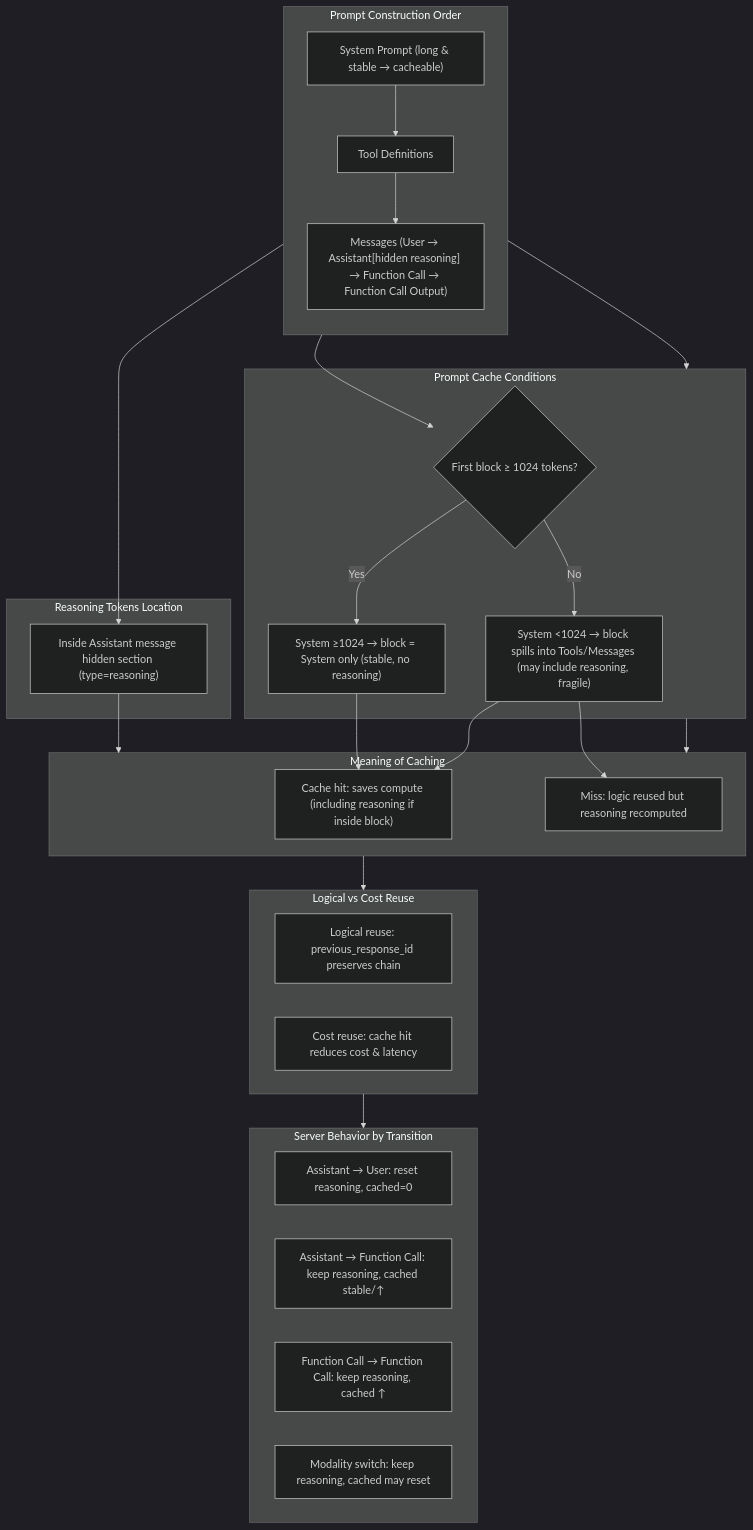
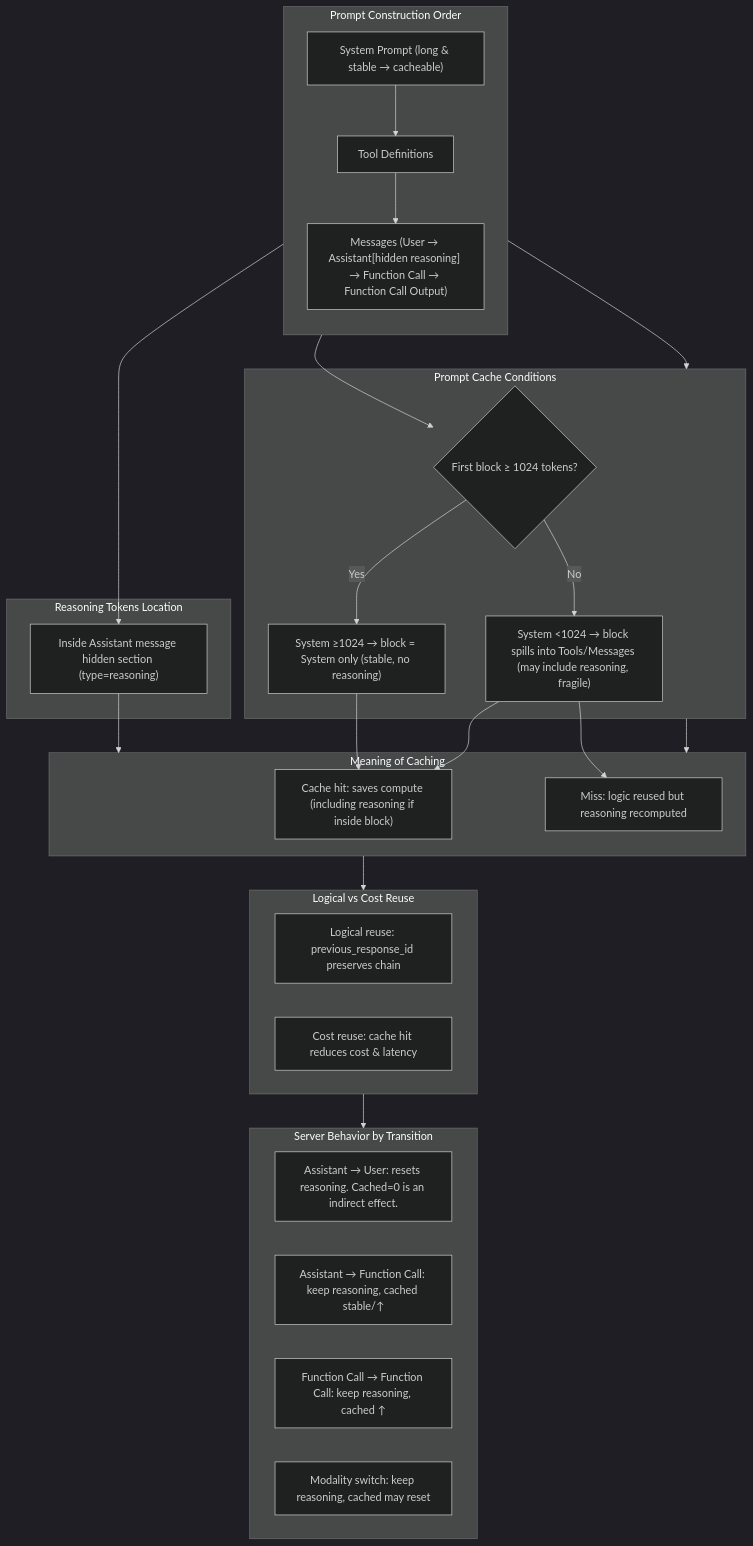
Before and after one commit to david-xinyuwei/david-share: the diagram in Agents/AOAI-GPT5-ResponseAPI/readme.md, drawn with Mermaid (dark theme). The commit also changed other lines of this file and 1 other file, not shown here.

````diff
--- a/Agents/AOAI-GPT5-ResponseAPI/readme.md
+++ b/Agents/AOAI-GPT5-ResponseAPI/readme.md
@@ -147,50 +147,50 @@
 ```mermaid
 flowchart TB
 		subgraph PromptStructure["Prompt Construction Order"]
 				direction TB
 				Sys["System Prompt (long & stable → cacheable)"]
 				Tools["Tool Definitions"]
 				Msgs["Messages (User → Assistant[hidden reasoning] → Function Call → Function Call Output)"]
 				Sys --> Tools --> Msgs
 		end
 
 		subgraph COTPosition["Reasoning Tokens Location"]
 				COT["Inside Assistant message hidden section (type=reasoning)"]
 		end
 		Msgs --> COT
 
 		subgraph CacheCondition["Prompt Cache Conditions"]
 				LenCheck{"First block ≥ 1024 tokens?"}
 				SysOnly["System ≥1024 → block = System only (stable, no reasoning)"]
 				SysShort["System <1024 → block spills into Tools/Messages (may include reasoning, fragile)"]
 				LenCheck -- Yes --> SysOnly
 				LenCheck -- No --> SysShort
 		end
 		Sys --> LenCheck
 
 		subgraph CacheMeaning["Meaning of Caching"]
 				SaveCost["Cache hit: saves compute (including reasoning if inside block)"]
 				NoSave["Miss: logic reused but reasoning recomputed"]
 		end
 		SysOnly --> SaveCost
 		SysShort --> SaveCost
 		SysShort --> NoSave
 
 		subgraph LogicVsCost["Logical vs Cost Reuse"]
 				LogicReuse["Logical reuse: previous_response_id preserves chain"]
 				CostReuse["Cost reuse: cache hit reduces cost & latency"]
 		end
 
 		subgraph ServerBehavior["Server Behavior by Transition"]
-				AtoU["Assistant → User: reset reasoning, cached=0"]
+				AtoU["Assistant → User: resets reasoning. Cached=0 is an indirect effect."]
 				AtoF["Assistant → Function Call: keep reasoning, cached stable/↑"]
 				FtoF["Function Call → Function Call: keep reasoning, cached ↑"]
 				ModalSwitch["Modality switch: keep reasoning, cached may reset"]
 		end
 
 		CacheCondition --> CacheMeaning
 		PromptStructure --> CacheCondition
 		COT --> CacheMeaning
 		CacheMeaning --> LogicVsCost
 		LogicVsCost --> ServerBehavior
 ```
````
